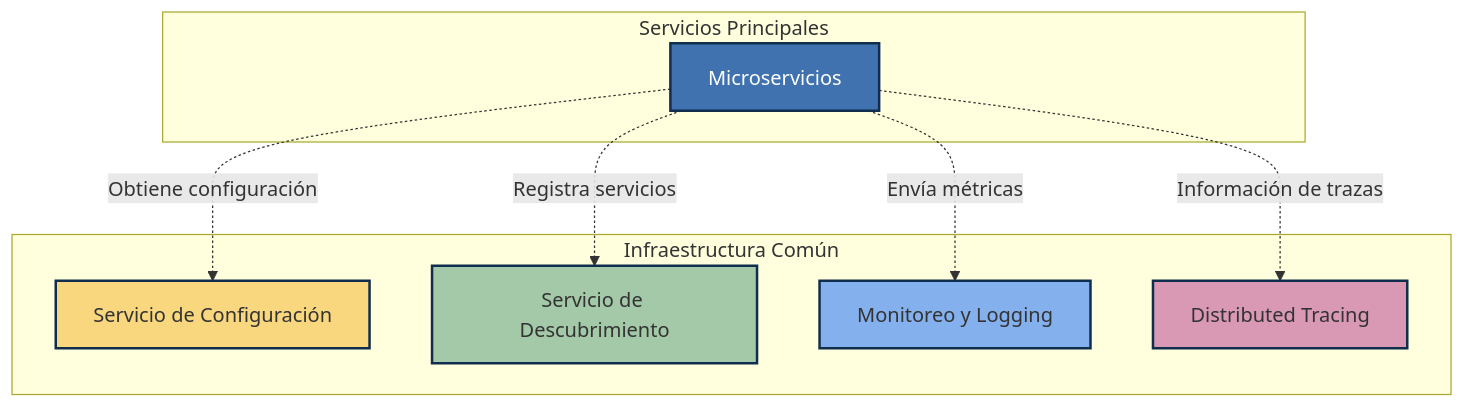
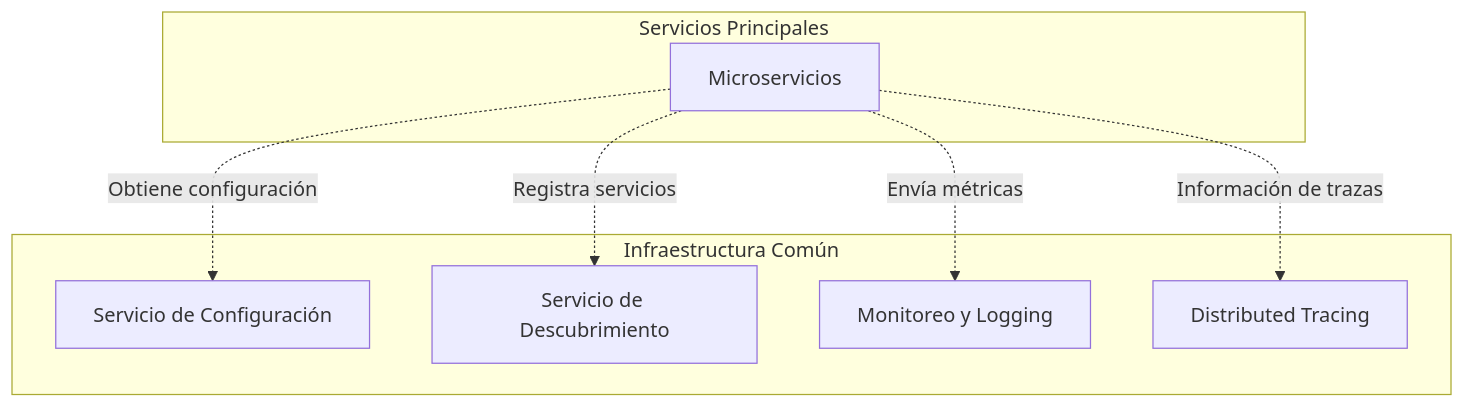
One commit to aialphanovatide/software-architecture-guide changed the second of 3 diagrams in docs/architecture/microservices/index.md. Above: the diagram before and after it, drawn with Mermaid. The commit also changed other lines of this file and 8 other files, not shown here.

````diff
--- a/docs/architecture/microservices/index.md
+++ b/docs/architecture/microservices/index.md
@@ -100,24 +87,18 @@
 ```mermaid
 graph TD
     subgraph "Servicios Principales"
         Services[Microservicios]
-        style Services fill:#3f72af,stroke:#112d4e,stroke-width:2px,color:#ffffff
     end
     
     subgraph "Infraestructura Común"
         Config[Servicio de Configuración]
         Discovery[Servicio de Descubrimiento]
         Monitoring[Monitoreo y Logging]
         Tracing[Distributed Tracing]
-        
-        style Config fill:#f9d77e,stroke:#112d4e,stroke-width:2px
-        style Discovery fill:#a3c9a8,stroke:#112d4e,stroke-width:2px
-        style Monitoring fill:#84b1ed,stroke:#112d4e,stroke-width:2px
-        style Tracing fill:#d998b3,stroke:#112d4e,stroke-width:2px
     end
     
     Services -. Obtiene configuración .-> Config
     Services -. Registra servicios .-> Discovery
     Services -. Envía métricas .-> Monitoring
     Services -. Información de trazas .-> Tracing
 ```
````
